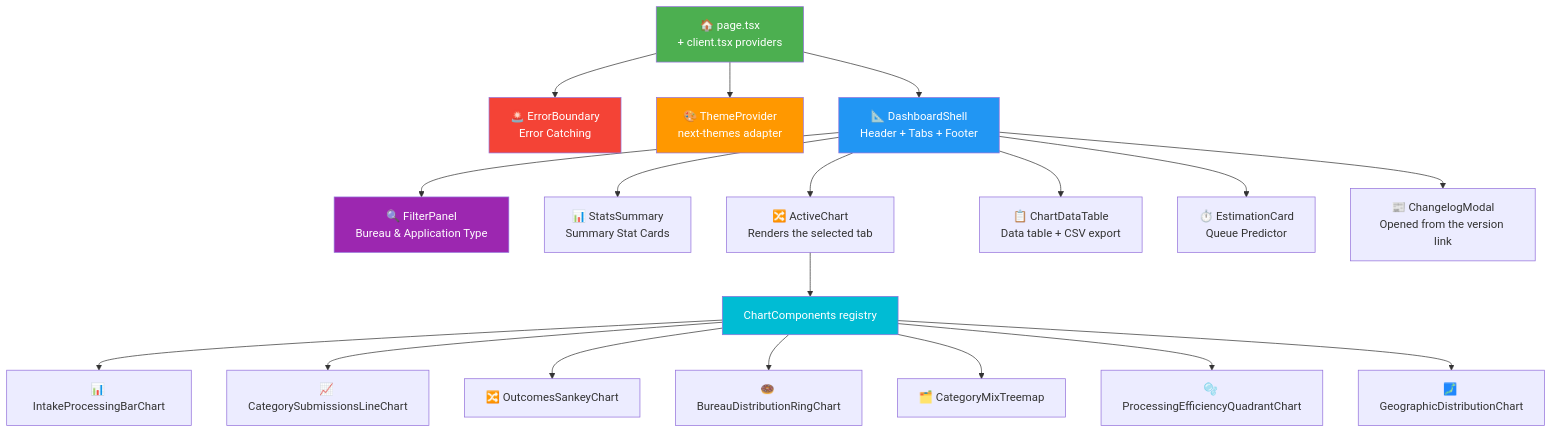
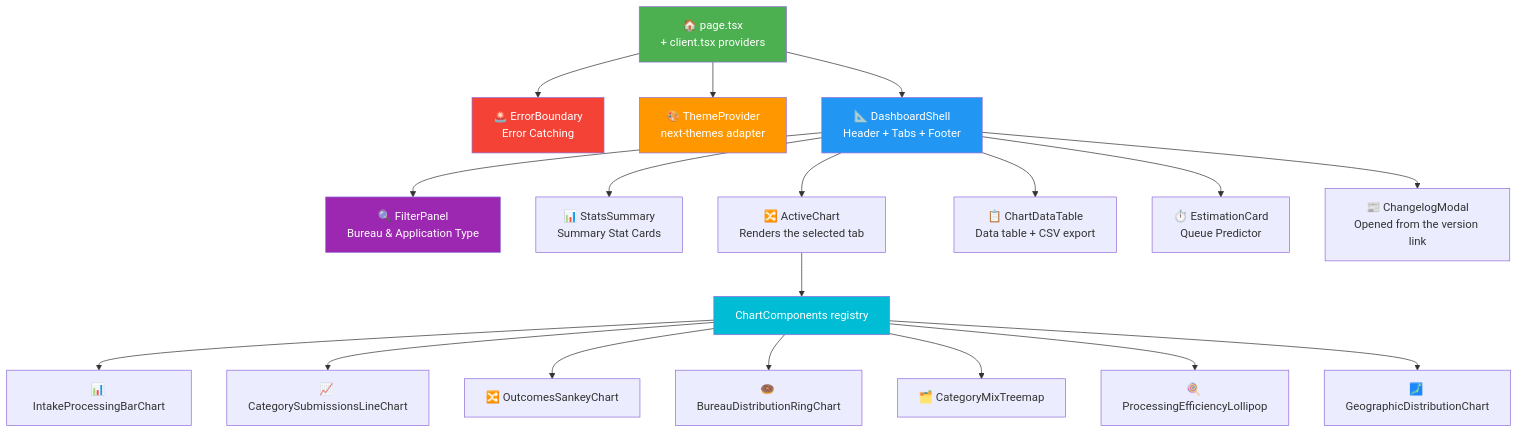
One commit to RetroHazard/JP_Immigration_Dashboard changed the sixth of 16 diagrams in ARCHITECTURE.md. Above: the diagram before and after it, drawn with Mermaid. The commit also changed other lines of this file and 7 other files, not shown here.

First line of the commit message:
Swap the ranked lollipop in as the live efficiency chart; slash the airport toggle when engaged

````diff
--- a/ARCHITECTURE.md
+++ b/ARCHITECTURE.md
@@ -174,31 +174,31 @@
 ```mermaid
 graph TD
     APP["🏠 page.tsx<br/>+ client.tsx providers"]
     
     APP --> ERROR["🚨 ErrorBoundary<br/>Error Catching"]
     APP --> THEME["🎨 ThemeProvider<br/>next-themes adapter"]
     APP --> SHELL["📐 DashboardShell<br/>Header + Tabs + Footer"]
     
     SHELL --> FILTER["🔍 FilterPanel<br/>Bureau & Application Type"]
     SHELL --> STATS["📊 StatsSummary<br/>Summary Stat Cards"]
     SHELL --> ACTIVE["🔀 ActiveChart<br/>Renders the selected tab"]
     SHELL --> TABLE["📋 ChartDataTable<br/>Data table + CSV export"]
     SHELL --> ESTIMATOR["⏱️ EstimationCard<br/>Queue Predictor"]
     SHELL --> CHANGELOG["📰 ChangelogModal<br/>Opened from the version link"]
     
     ACTIVE --> CHARTS["ChartComponents registry"]
     CHARTS --> INTAKE["📊 IntakeProcessingBarChart"]
     CHARTS --> TYPES["📈 CategorySubmissionsLineChart"]
     CHARTS --> OUTCOMES["🔀 OutcomesSankeyChart"]
     CHARTS --> SHARE["🍩 BureauDistributionRingChart"]
     CHARTS --> MIX["🗂️ CategoryMixTreemap"]
-    CHARTS --> EFFICIENCY["🫧 ProcessingEfficiencyQuadrantChart"]
+    CHARTS --> EFFICIENCY["🍭 ProcessingEfficiencyLollipop"]
     CHARTS --> MAP["🗾 GeographicDistributionChart"]
     
     style APP fill:#4CAF50,color:#fff
     style SHELL fill:#2196F3,color:#fff
     style ERROR fill:#F44336,color:#fff
     style THEME fill:#FF9800,color:#fff
     style FILTER fill:#9C27B0,color:#fff
     style CHARTS fill:#00BCD4,color:#fff
 ```
````
